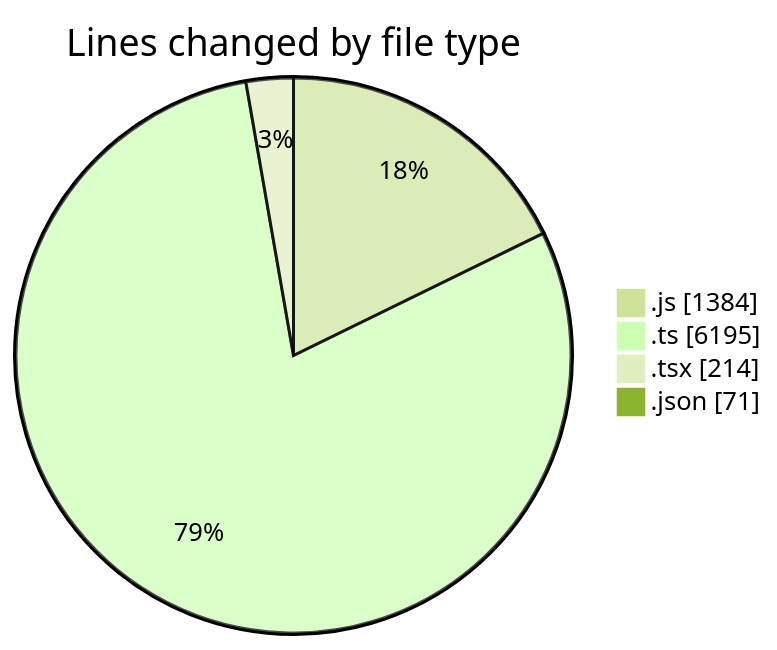
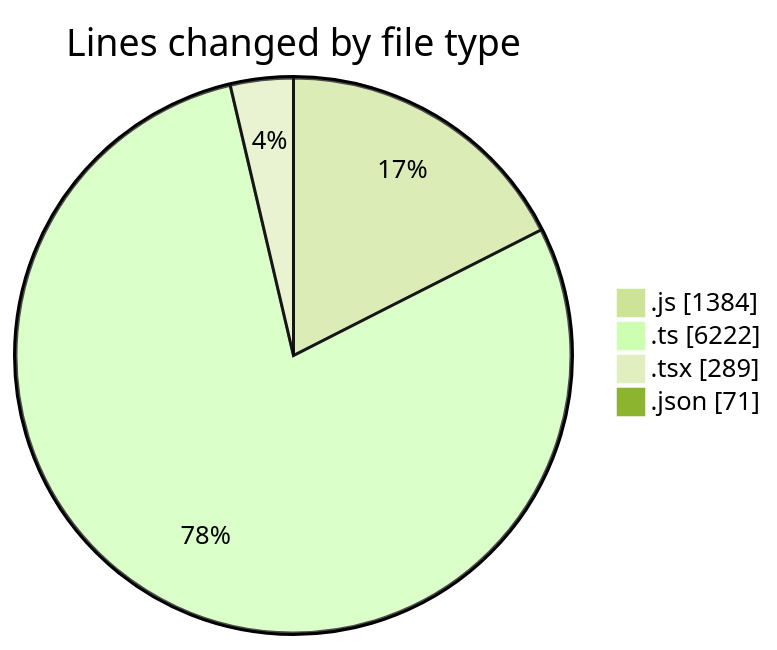
One commit to momahboobian/code-tracking changed the first of 2 diagrams in 2026-02-04/cda/README.md. Above: the diagram before and after it, drawn with Mermaid (forest theme). The commit also changed other lines of this file and 1 other file, not shown here.

````diff
--- a/2026-02-04/cda/README.md
+++ b/2026-02-04/cda/README.md
@@ -27,8 +28,8 @@
 ```mermaid
 pie showData
 title Lines changed by file type
 ".js" : 1384
-".ts" : 6195
-".tsx" : 214
+".ts" : 6222
+".tsx" : 289
 ".json" : 71
 ```
````
